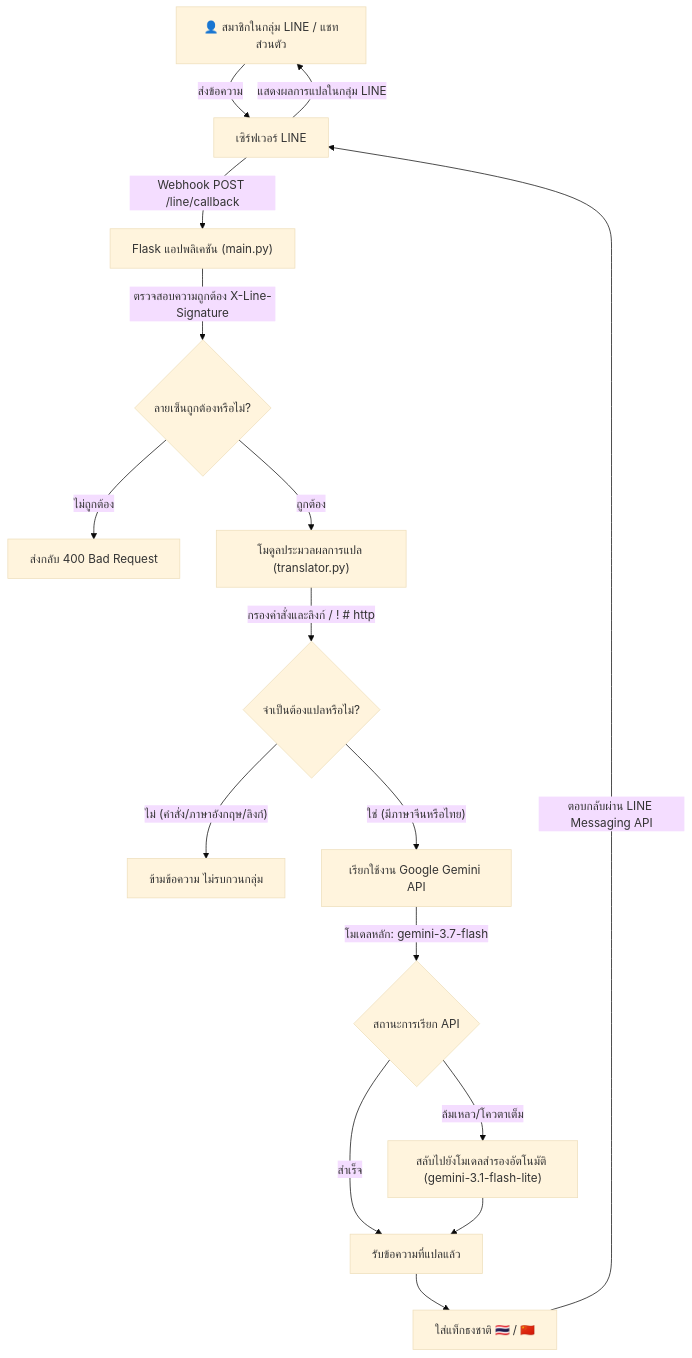
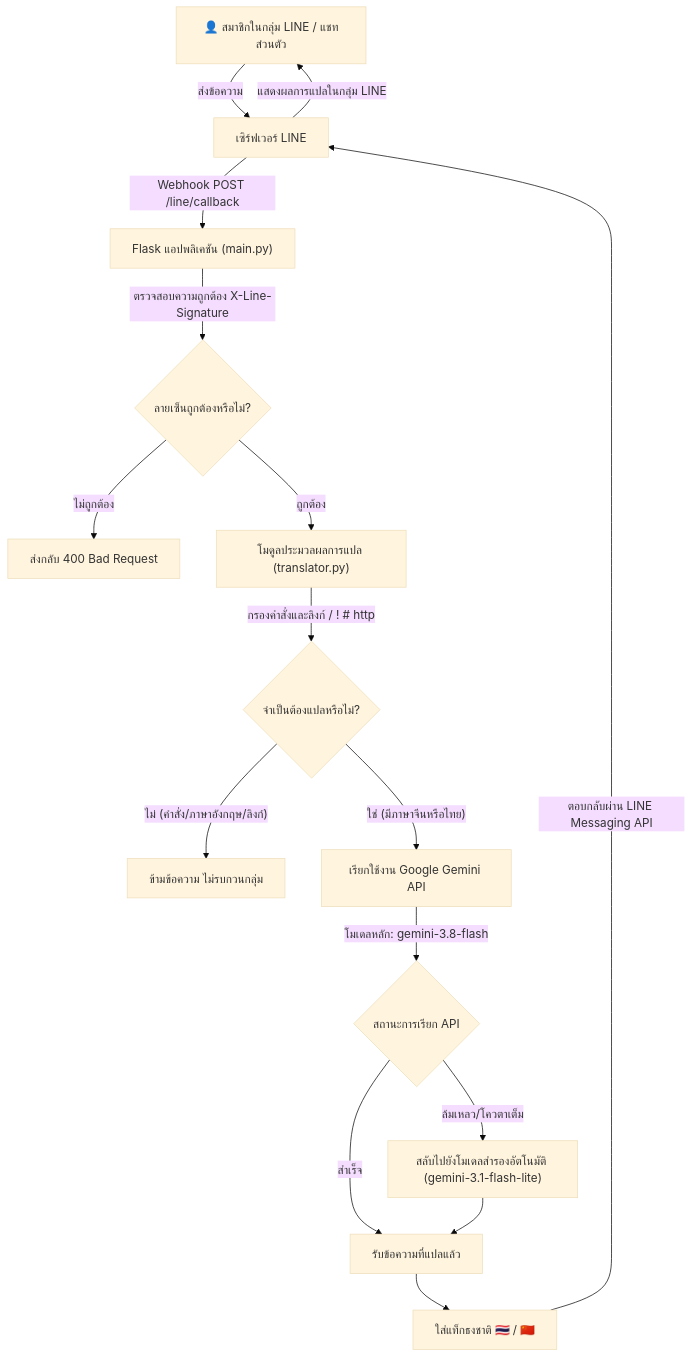
Before and after one commit to maccelectronic/macc-line-translate-bot: the diagram in README_TH.md, drawn with Mermaid (base theme). The commit also changed other lines of this file and 4 other files, not shown here.

Commit message:
feat: update default translation model to gemini-3.8-flash

````diff
--- a/README_TH.md
+++ b/README_TH.md
@@ -29,20 +29,20 @@
 ```mermaid
 flowchart TD
     A[👤 สมาชิกในกลุ่ม LINE / แชทส่วนตัว] -->|ส่งข้อความ| B[เซิร์ฟเวอร์ LINE]
     B -->|Webhook POST /line/callback| C["Flask แอปพลิเคชัน (main.py)"]
     C -->|ตรวจสอบความถูกต้อง X-Line-Signature| D{ลายเซ็นถูกต้องหรือไม่?}
     D -- ไม่ถูกต้อง --> E[ส่งกลับ 400 Bad Request]
     D -- ถูกต้อง --> F["โมดูลประมวลผลการแปล (translator.py)"]
 
     F -->|กรองคำสั่งและลิงก์ / ! # http| G{จำเป็นต้องแปลหรือไม่?}
     G -- ไม่ (คำสั่ง/ภาษาอังกฤษ/ลิงก์) --> H[ข้ามข้อความ ไม่รบกวนกลุ่ม]
     G -- ใช่ (มีภาษาจีนหรือไทย) --> I["เรียกใช้งาน Google Gemini API"]
 
-    I -->|โมเดลหลัก: gemini-3.7-flash| J{สถานะการเรียก API}
+    I -->|โมเดลหลัก: gemini-3.8-flash| J{สถานะการเรียก API}
     J -- สำเร็จ --> K[รับข้อความที่แปลแล้ว]
     J -- ล้มเหลว/โควตาเต็ม --> L["สลับไปยังโมเดลสำรองอัตโนมัติ (gemini-3.1-flash-lite)"] --> K
 
     K --> M[ใส่แท็กธงชาติ 🇹🇭 / 🇨🇳]
     M -->|ตอบกลับผ่าน LINE Messaging API| B
     B -->|แสดงผลการแปลในกลุ่ม LINE| A
 ```
````
